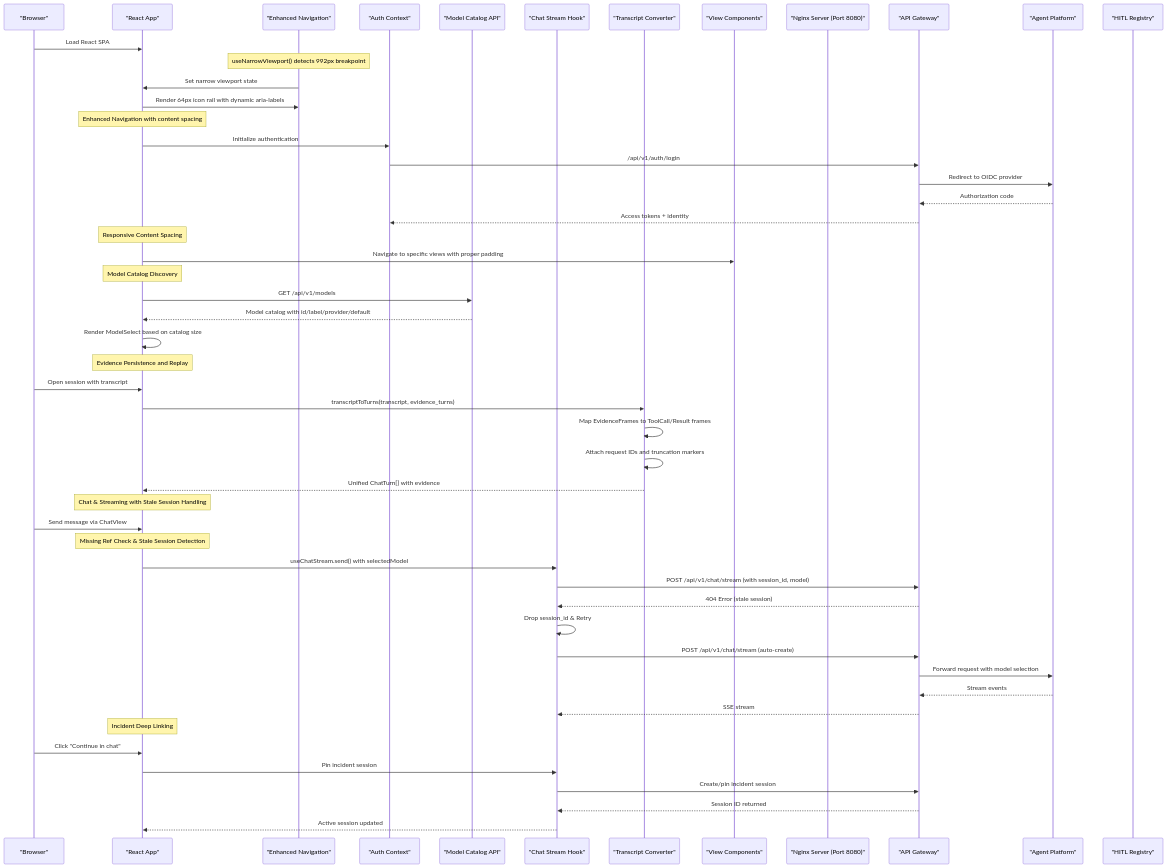
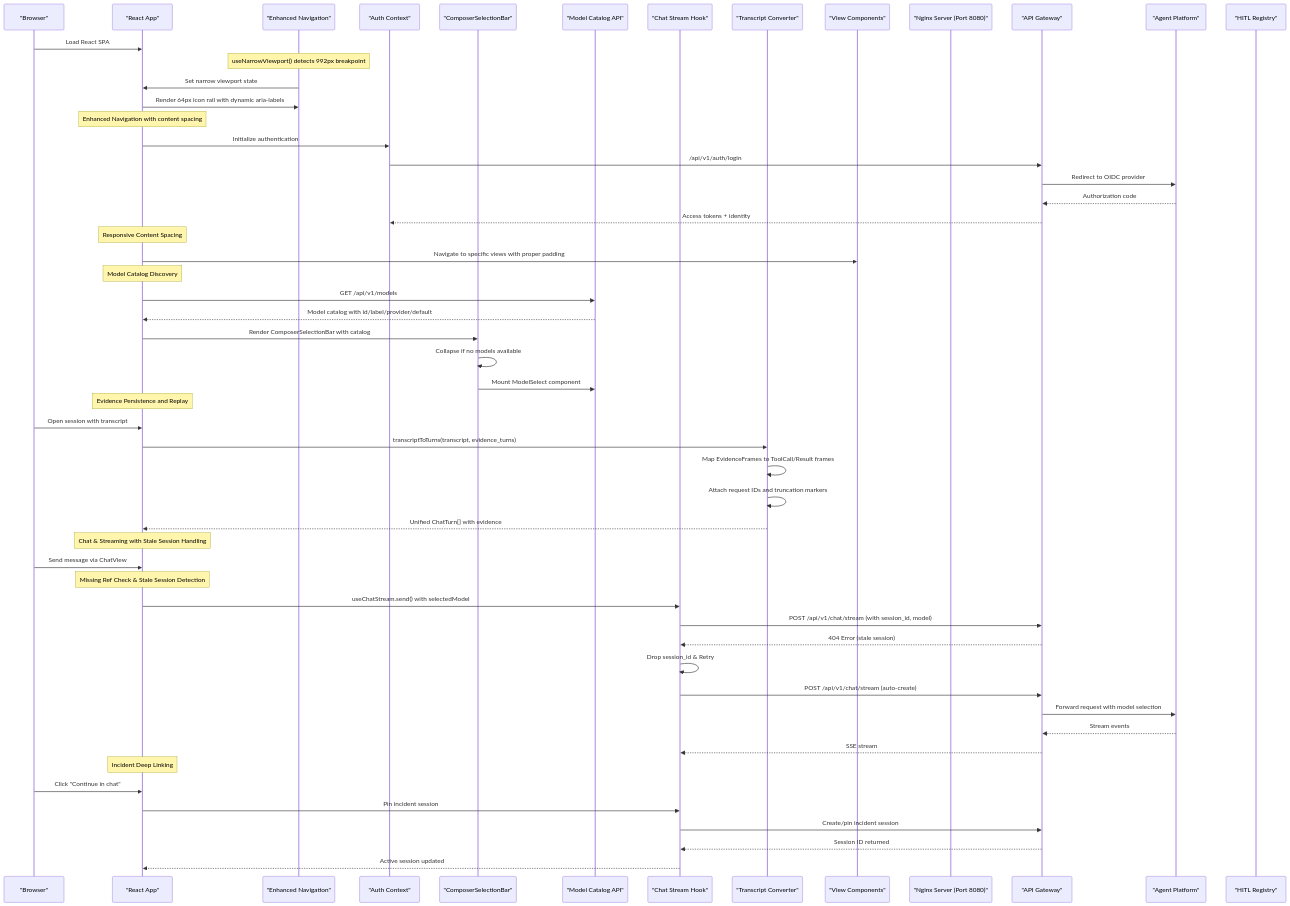
The second of 2 diagrams in .qoder/repowiki/en/content/Operator Portal.md (metasync/luban-aiops), drawn with Mermaid before and after one commit. The commit also changed other lines of this file and 15 other files, not shown here.

````diff
--- a/.qoder/repowiki/en/content/Operator Portal.md
+++ b/.qoder/repowiki/en/content/Operator Portal.md
@@ -241,54 +250,57 @@
 ```mermaid
 sequenceDiagram
 participant User as "Browser"
 participant React as "React App"
 participant Nav as "Enhanced Navigation"
 participant Auth as "Auth Context"
+participant CompSel as "ComposerSelectionBar"
 participant ModelCat as "Model Catalog API"
 participant Stream as "Chat Stream Hook"
 participant Transcript as "Transcript Converter"
 participant Views as "View Components"
 participant Nginx as "Nginx Server (Port 8080)"
 participant Gateway as "API Gateway"
 participant Agent as "Agent Platform"
 participant HITL as "HITL Registry"
 User->>React : Load React SPA
 Note over Nav : useNarrowViewport() detects 992px breakpoint
 Nav->>React : Set narrow viewport state
 React->>Nav : Render 64px icon rail with dynamic aria-labels
 Note over React : Enhanced Navigation with content spacing
 React->>Auth : Initialize authentication
 Auth->>Gateway : /api/v1/auth/login
 Gateway->>Agent : Redirect to OIDC provider
 Agent-->>Gateway : Authorization code
 Gateway-->>Auth : Access tokens + identity
 Note over React : Responsive Content Spacing
 React->>Views : Navigate to specific views with proper padding
 Note over React : Model Catalog Discovery
 React->>ModelCat : GET /api/v1/models
 ModelCat-->>React : Model catalog with id/label/provider/default
-React->>React : Render ModelSelect based on catalog size
+React->>CompSel : Render ComposerSelectionBar with catalog
+CompSel->>CompSel : Collapse if no models available
+CompSel->>ModelCat : Mount ModelSelect component
 Note over React : Evidence Persistence and Replay
 User->>React : Open session with transcript
 React->>Transcript : transcriptToTurns(transcript, evidence_turns)
 Transcript->>Transcript : Map EvidenceFrames to ToolCall/Result frames
 Transcript->>Transcript : Attach request IDs and truncation markers
 Transcript-->>React : Unified ChatTurn[] with evidence
 Note over React : Chat & Streaming with Stale Session Handling
 User->>React : Send message via ChatView
 Note over React : Missing Ref Check & Stale Session Detection
 React->>Stream : useChatStream.send() with selectedModel
 Stream->>Gateway : POST /api/v1/chat/stream (with session_id, model)
 Gateway-->>Stream : 404 Error (stale session)
 Stream->>Stream : Drop session_id & Retry
 Stream->>Gateway : POST /api/v1/chat/stream (auto-create)
 Gateway->>Agent : Forward request with model selection
 Agent-->>Gateway : Stream events
 Gateway-->>Stream : SSE stream
 Note over React : Incident Deep Linking
 User->>React : Click "Continue in chat"
 React->>Stream : Pin incident session
 Stream->>Gateway : Create/pin incident session
 Gateway-->>Stream : Session ID returned
 Stream-->>React : Active session updated
 ```
````
